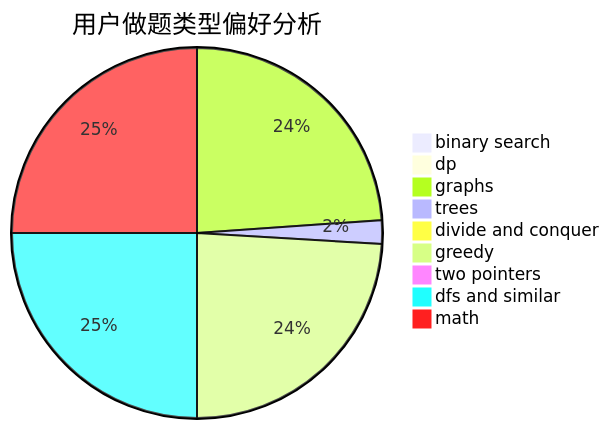
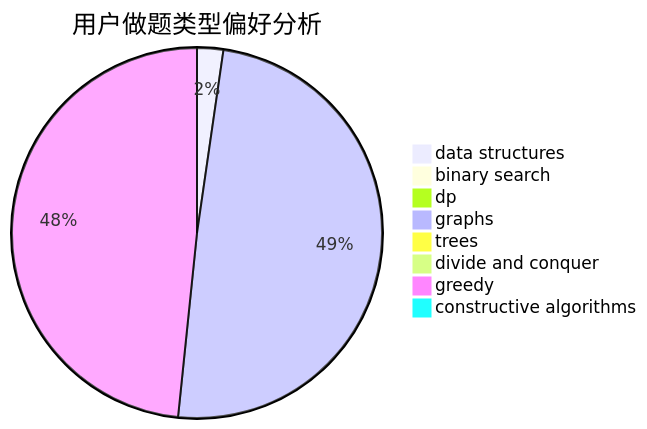
Before and after one commit to sherpahu/cfrs.github.io: the second of 3 diagrams in docs/user/u1027.md, drawn with Mermaid. The commit also changed other lines of this file and 2775 other files, not shown here.

````diff
--- a/docs/user/u1027.md
+++ b/docs/user/u1027.md
@@ -23,12 +23,11 @@
 ```mermaid
 pie title 用户做题类型偏好分析
-    "binary search" :  6
-    "dp" :  2
+    "data structures" :  7
+    "binary search" :  0
+    "dp" :  0
     "graphs" :  151
-    "trees" :  13
+    "trees" :  0
     "divide and conquer" :  0
-    "greedy" :  152
-    "two pointers" :  0
-    "dfs and similar" :  158
-    "math" :  158
+    "greedy" :  148
+    "constructive algorithms" :  0
 ```
````
